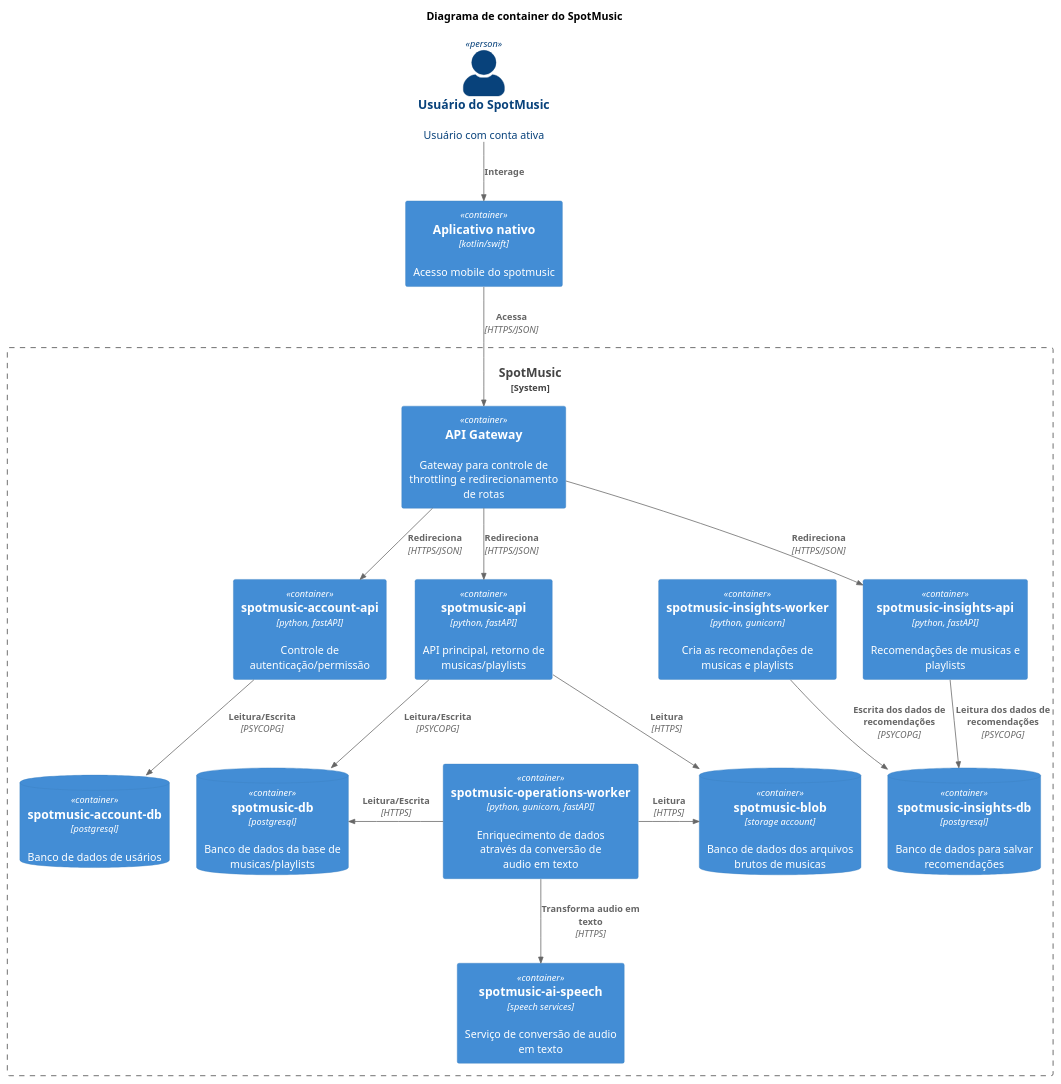
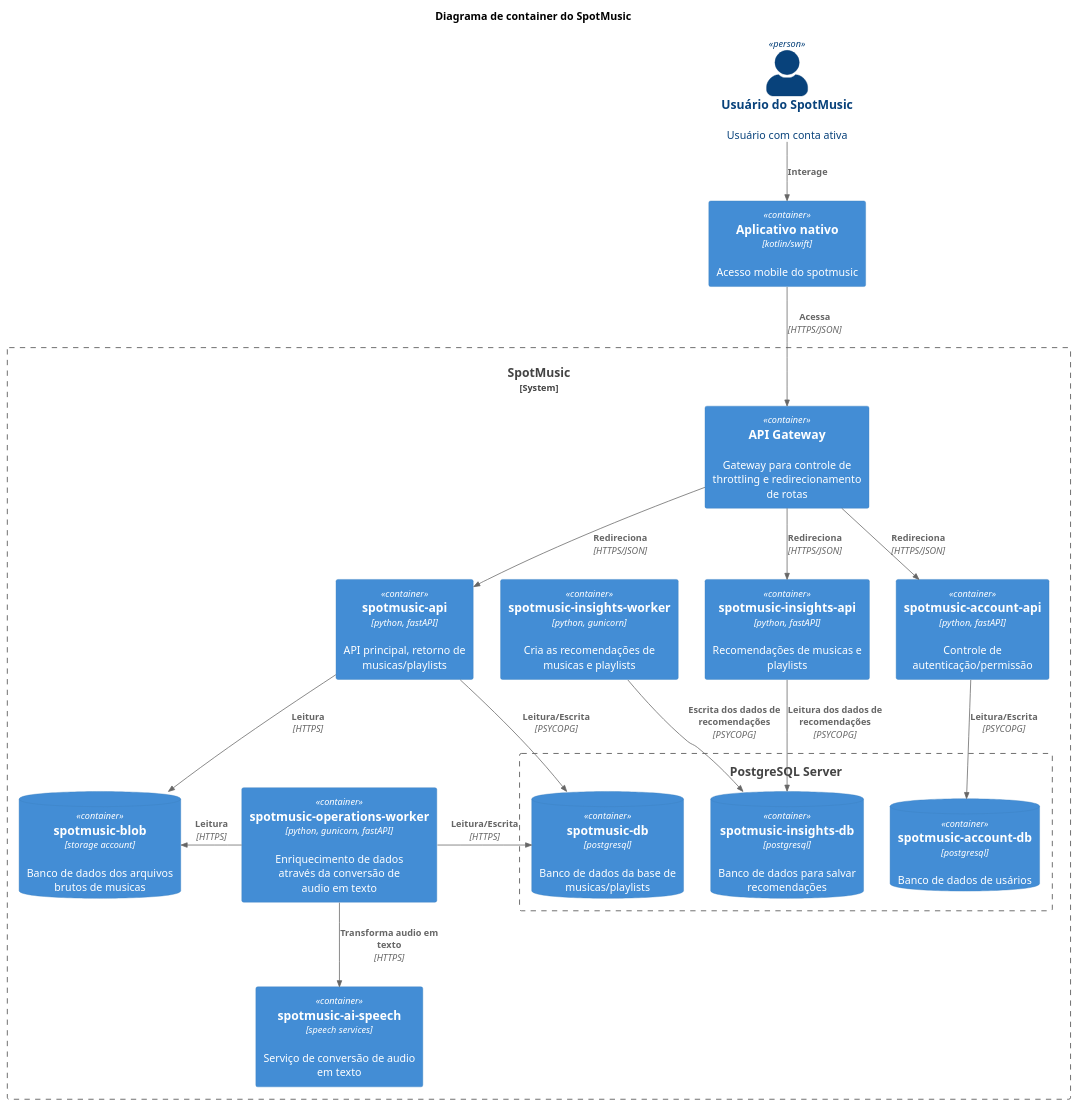
Before and after one commit to spotmusic-grupo-9/spotmusic_docs: the diagram in c4/02_01_container.puml, drawn with PlantUML. The commit also changed 1 other file, not shown here.

```diff
--- a/c4/02_01_container.puml
+++ b/c4/02_01_container.puml
@@ -1,62 +1,66 @@
 @startuml
 !include https://raw.githubusercontent.com/plantuml-stdlib/C4-PlantUML/master/C4_Component.puml
 
 SHOW_PERSON_PORTRAIT()
 ' LAYOUT_LEFT_RIGHT()
 
 title Diagrama de container do SpotMusic
 
 Person(usuario, "Usuário do SpotMusic", "Usuário com conta ativa")
 Container(sm_mobile, "Aplicativo nativo", "kotlin/swift", "Acesso mobile do spotmusic")
 
-System_Boundary(c1, "SpotMusic") {    
-
+System_Boundary(c1, "SpotMusic") {
 
     Container(sm_gateway, "API Gateway", "", "Gateway para controle de throttling e redirecionamento de rotas")
 
     Container(sm_account_api, "spotmusic-account-api", "python, fastAPI", "Controle de autenticação/permissão")
-    ContainerDb(sm_account_db, "spotmusic-account-db", "postgresql", "Banco de dados de usários")
 
     Container(sm_api, "spotmusic-api", "python, fastAPI", "API principal, retorno de musicas/playlists")
-    ContainerDb(sm_db, "spotmusic-db", "postgresql", "Banco de dados da base de musicas/playlists")
+
     ContainerDb(sm_blob, "spotmusic-blob", "storage account", "Banco de dados dos arquivos brutos de musicas")
 
     Container(sm_operations_worker, "spotmusic-operations-worker", "python, gunicorn, fastAPI", "Enriquecimento de dados através da conversão de audio em texto")
     Container(sm_ai_speech, "spotmusic-ai-speech", "speech services", "Serviço de conversão de audio em texto")
-   
+
     Container(sm_insights_api, "spotmusic-insights-api", "python, fastAPI", "Recomendações de musicas e playlists")
     Container(sm_insights_worker, "spotmusic-insights-worker", "python, gunicorn", "Cria as recomendações de musicas e playlists")
-    ContainerDb(sm_insights_db, "spotmusic-insights-db", "postgresql", "Banco de dados para salvar recomendações")        
+
+    Boundary(c2, "PostgreSQL Server") {
+        ContainerDb(sm_account_db, "spotmusic-account-db", "postgresql", "Banco de dados de usários")
+        ContainerDb(sm_db, "spotmusic-db", "postgresql", "Banco de dados da base de musicas/playlists")
+        ContainerDb(sm_insights_db, "spotmusic-insights-db", "postgresql", "Banco de dados para salvar recomendações")
+    }
+
 }
 
 Rel(usuario, sm_mobile, "Interage")
 Rel(sm_mobile, sm_gateway, "Acessa", "HTTPS/JSON")
 
 
 Rel(sm_gateway, sm_account_api, "Redireciona", "HTTPS/JSON")
 Rel(sm_gateway, sm_api, "Redireciona", "HTTPS/JSON")
 Rel(sm_gateway, sm_insights_api, "Redireciona", "HTTPS/JSON")
 
 Rel(sm_account_api, sm_account_db, "Leitura/Escrita", "PSYCOPG")
 
 Rel(sm_api, sm_db, "Leitura/Escrita", "PSYCOPG")
 Rel(sm_api, sm_blob, "Leitura", "HTTPS")
 Rel_Neighbor(sm_operations_worker, sm_blob, "Leitura", "HTTPS")
 Rel_Neighbor(sm_operations_worker, sm_db, "Leitura/Escrita", "HTTPS")
 Rel(sm_operations_worker, sm_ai_speech, "Transforma audio em texto", "HTTPS")
 
 
 Rel(sm_insights_api, sm_insights_db, "Leitura dos dados de recomendações", "PSYCOPG")
 Rel(sm_insights_worker, sm_insights_db, "Escrita dos dados de recomendações", "PSYCOPG")
 
 
 
 ' Rel(sm_operations_api, sm_operations_db, "Leitura", "PSYCOPG")
 ' Rel(sm_operations_api, sm_operations_queue, "Publica mensagem de CRUD", "pull, json", $tags = "async")
 ' Rel_Neighbor(sm_operations_queue, sm_operations_worker, "Consome as mensages de CRUD", "pull, json", $tags = "async")
 ' Rel_Neighbor(sm_operations_queue, sm_search_api, "Consome as mensagens de CRUD para o ES", "webhook,json", $tags = "async")
 ' Rel(sm_operations_worker, sm_operations_db, "Escreve as alterações de CRUD no banco", "PSYCOPG")
 
 
 
 @enduml
```
